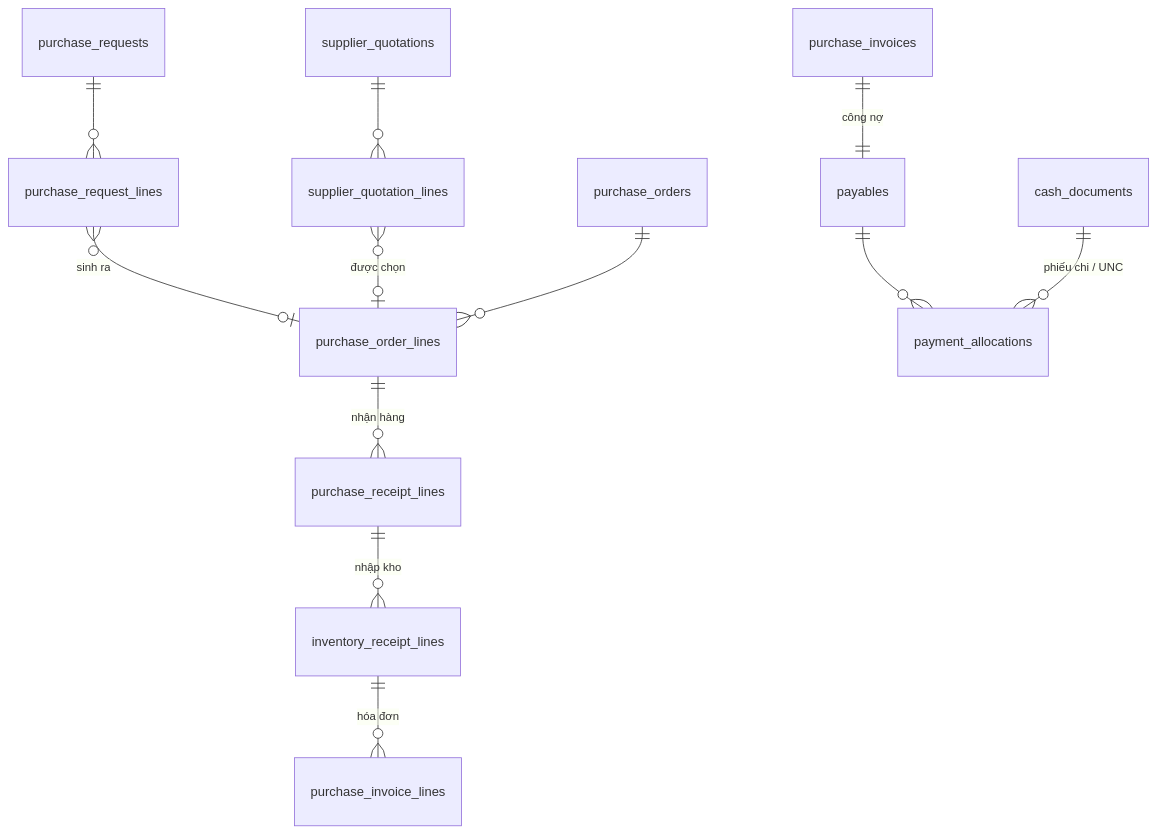
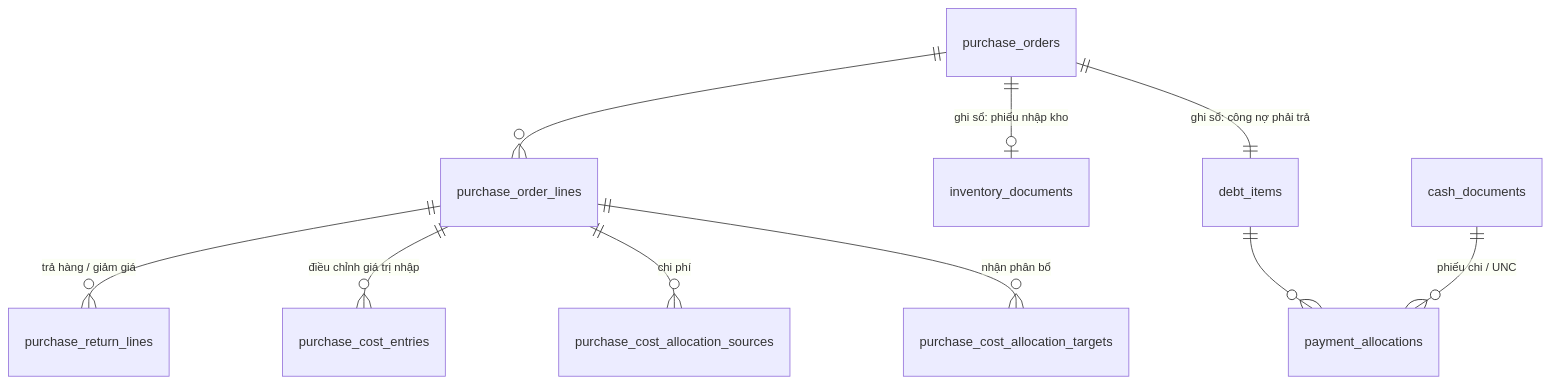
The third of 6 diagrams in inventory-management-ai-skeleton/docs/03-database-design.md (haict/pqb_ai), drawn with Mermaid before and after one commit. The commit also changed other lines of this file and 223 other files, not shown here.

````diff
--- a/inventory-management-ai-skeleton/docs/03-database-design.md
+++ b/inventory-management-ai-skeleton/docs/03-database-design.md
@@ -231,14 +225,12 @@
 ```mermaid
 erDiagram
-    purchase_requests ||--o{ purchase_request_lines : ""
-    purchase_request_lines }o--o| purchase_order_lines : "sinh ra"
-    supplier_quotations ||--o{ supplier_quotation_lines : ""
-    supplier_quotation_lines }o--o| purchase_order_lines : "được chọn"
     purchase_orders ||--o{ purchase_order_lines : ""
-    purchase_order_lines ||--o{ purchase_receipt_lines : "nhận hàng"
-    purchase_receipt_lines ||--o{ inventory_receipt_lines : "nhập kho"
-    inventory_receipt_lines ||--o{ purchase_invoice_lines : "hóa đơn"
-    purchase_invoices ||--|| payables : "công nợ"
-    payables ||--o{ payment_allocations : ""
+    purchase_orders ||--o| inventory_documents : "ghi sổ: phiếu nhập kho"
+    purchase_orders ||--|| debt_items : "ghi sổ: công nợ phải trả"
+    purchase_order_lines ||--o{ purchase_return_lines : "trả hàng / giảm giá"
+    purchase_order_lines ||--o{ purchase_cost_entries : "điều chỉnh giá trị nhập"
+    purchase_order_lines ||--o{ purchase_cost_allocation_sources : "chi phí"
+    purchase_order_lines ||--o{ purchase_cost_allocation_targets : "nhận phân bổ"
+    debt_items ||--o{ payment_allocations : ""
     cash_documents ||--o{ payment_allocations : "phiếu chi / UNC"
 ```
````
